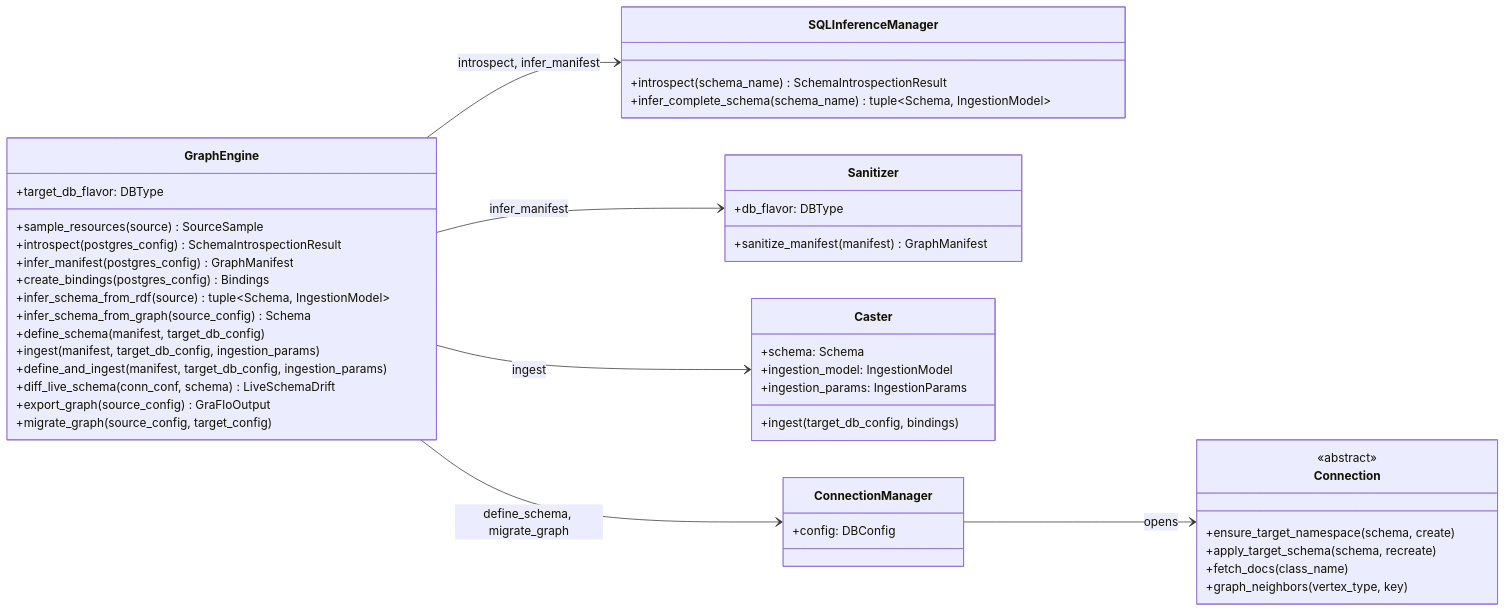
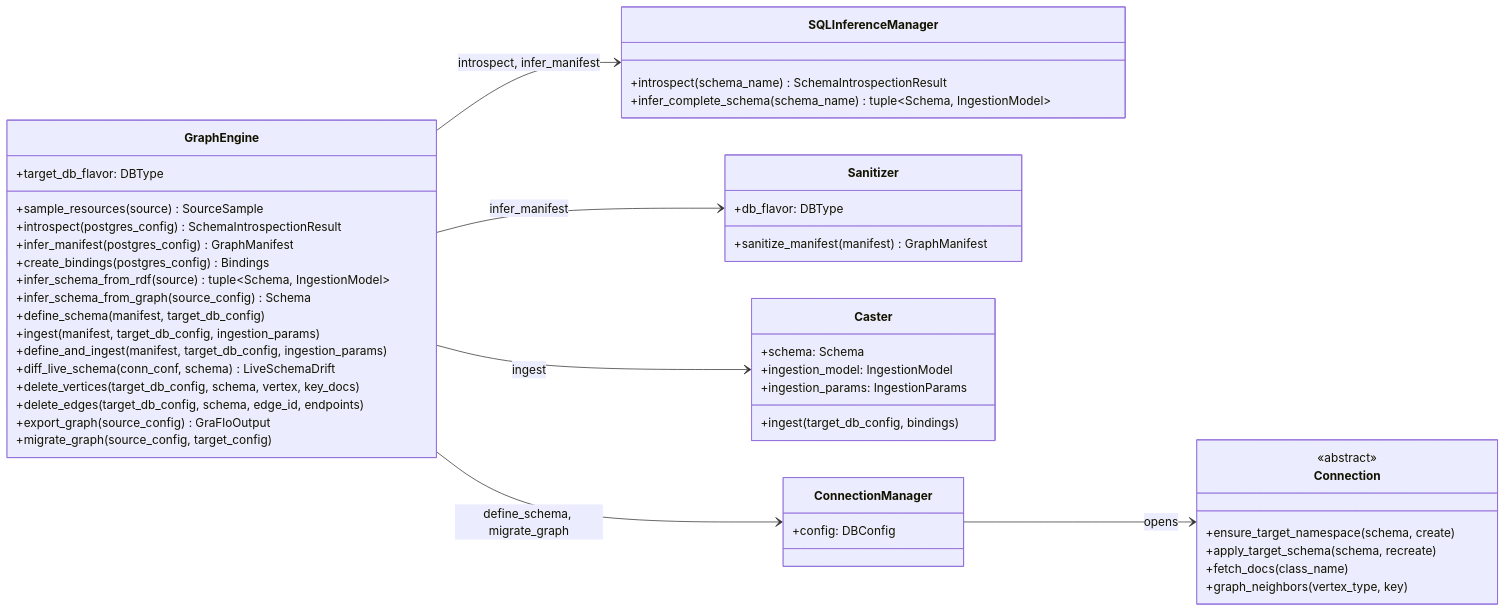
Before and after one commit to growgraph/graflo: the first of 3 diagrams in docs/concepts/architecture/diagrams.md, drawn with Mermaid. The commit also changed other lines of this file and 222 other files, not shown here.

````diff
--- a/docs/concepts/architecture/diagrams.md
+++ b/docs/concepts/architecture/diagrams.md
@@ -19,55 +20,57 @@
 ```mermaid
 classDiagram
     direction LR
 
     class GraphEngine {
         +target_db_flavor: DBType
         +sample_resources(source) SourceSample
         +introspect(postgres_config) SchemaIntrospectionResult
         +infer_manifest(postgres_config) GraphManifest
         +create_bindings(postgres_config) Bindings
         +infer_schema_from_rdf(source) tuple~Schema, IngestionModel~
         +infer_schema_from_graph(source_config) Schema
         +define_schema(manifest, target_db_config)
         +ingest(manifest, target_db_config, ingestion_params)
         +define_and_ingest(manifest, target_db_config, ingestion_params)
         +diff_live_schema(conn_conf, schema) LiveSchemaDrift
+        +delete_vertices(target_db_config, schema, vertex, key_docs)
+        +delete_edges(target_db_config, schema, edge_id, endpoints)
         +export_graph(source_config) GraFloOutput
         +migrate_graph(source_config, target_config)
     }
 
     class SQLInferenceManager {
         +introspect(schema_name) SchemaIntrospectionResult
         +infer_complete_schema(schema_name) tuple~Schema, IngestionModel~
     }
 
     class Sanitizer {
         +db_flavor: DBType
         +sanitize_manifest(manifest) GraphManifest
     }
 
     class Caster {
         +schema: Schema
         +ingestion_model: IngestionModel
         +ingestion_params: IngestionParams
         +ingest(target_db_config, bindings)
     }
 
     class ConnectionManager {
         +config: DBConfig
     }
 
     class Connection {
         <<abstract>>
         +ensure_target_namespace(schema, create)
         +apply_target_schema(schema, recreate)
         +fetch_docs(class_name)
         +graph_neighbors(vertex_type, key)
     }
 
     GraphEngine --> SQLInferenceManager : introspect, infer_manifest
     GraphEngine --> Sanitizer : infer_manifest
     GraphEngine --> Caster : ingest
     GraphEngine --> ConnectionManager : define_schema, migrate_graph
     ConnectionManager --> Connection : opens
 ```
````
